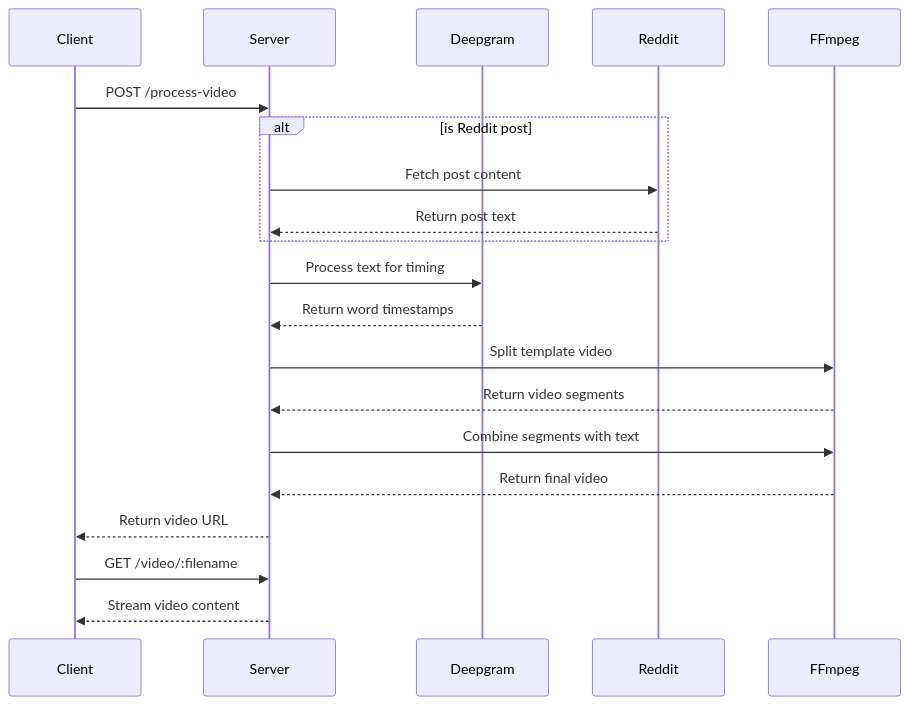
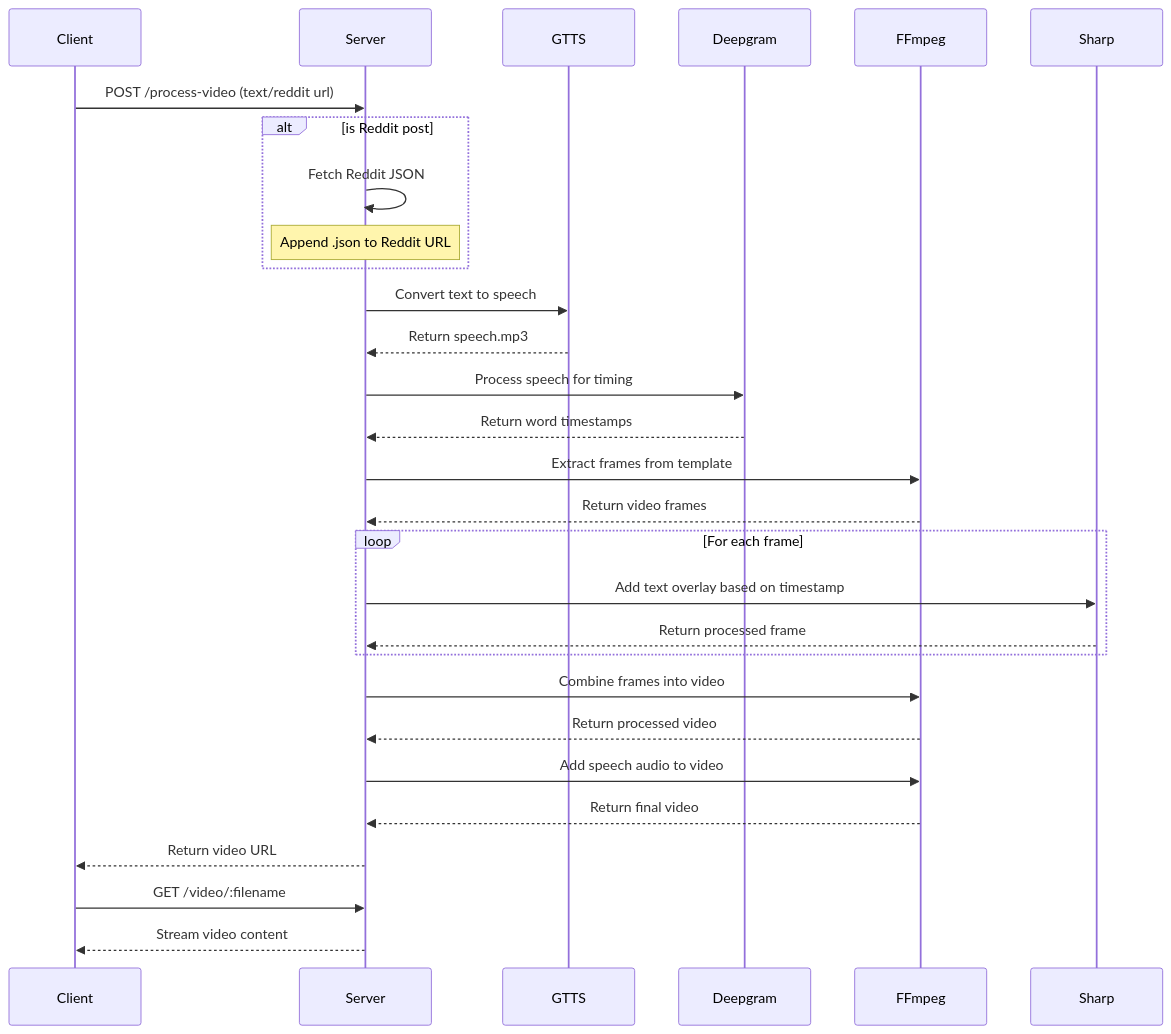
One commit to chinmaykhamkar/viral-reels-saas changed the diagram in readme.md. Above: the diagram before and after it, drawn with Mermaid.

Commit message:
updated swq diag

````diff
--- a/readme.md
+++ b/readme.md
@@ -81,23 +81,39 @@
 ```mermaid
 sequenceDiagram
     participant Client
     participant Server
+    participant GTTS
     participant Deepgram
-    participant Reddit
     participant FFmpeg
+    participant Sharp
 
-    Client->>Server: POST /process-video
+    Client->>Server: POST /process-video (text/reddit url)
     alt is Reddit post
-        Server->>Reddit: Fetch post content
-        Reddit-->>Server: Return post text
+        Server->>Server: Fetch Reddit JSON
+        Note over Server: Append .json to Reddit URL
     end
-    Server->>Deepgram: Process text for timing
+    
+    Server->>GTTS: Convert text to speech
+    GTTS-->>Server: Return speech.mp3
+    
+    Server->>Deepgram: Process speech for timing
     Deepgram-->>Server: Return word timestamps
-    Server->>FFmpeg: Split template video
-    FFmpeg-->>Server: Return video segments
-    Server->>FFmpeg: Combine segments with text
+    
+    Server->>FFmpeg: Extract frames from template
+    FFmpeg-->>Server: Return video frames
+    
+    loop For each frame
+        Server->>Sharp: Add text overlay based on timestamp
+        Sharp-->>Server: Return processed frame
+    end
+    
+    Server->>FFmpeg: Combine frames into video
+    FFmpeg-->>Server: Return processed video
+    
+    Server->>FFmpeg: Add speech audio to video
     FFmpeg-->>Server: Return final video
+    
     Server-->>Client: Return video URL
     Client->>Server: GET /video/:filename
     Server-->>Client: Stream video content
 ```
````
